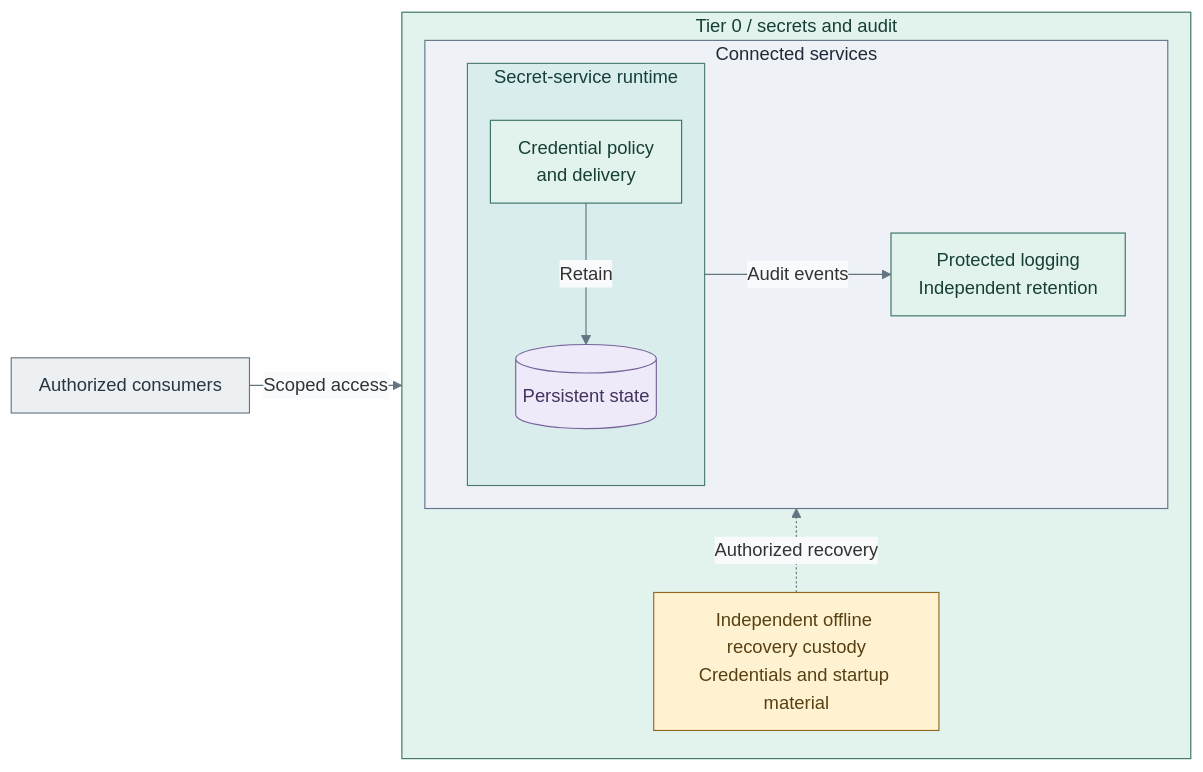
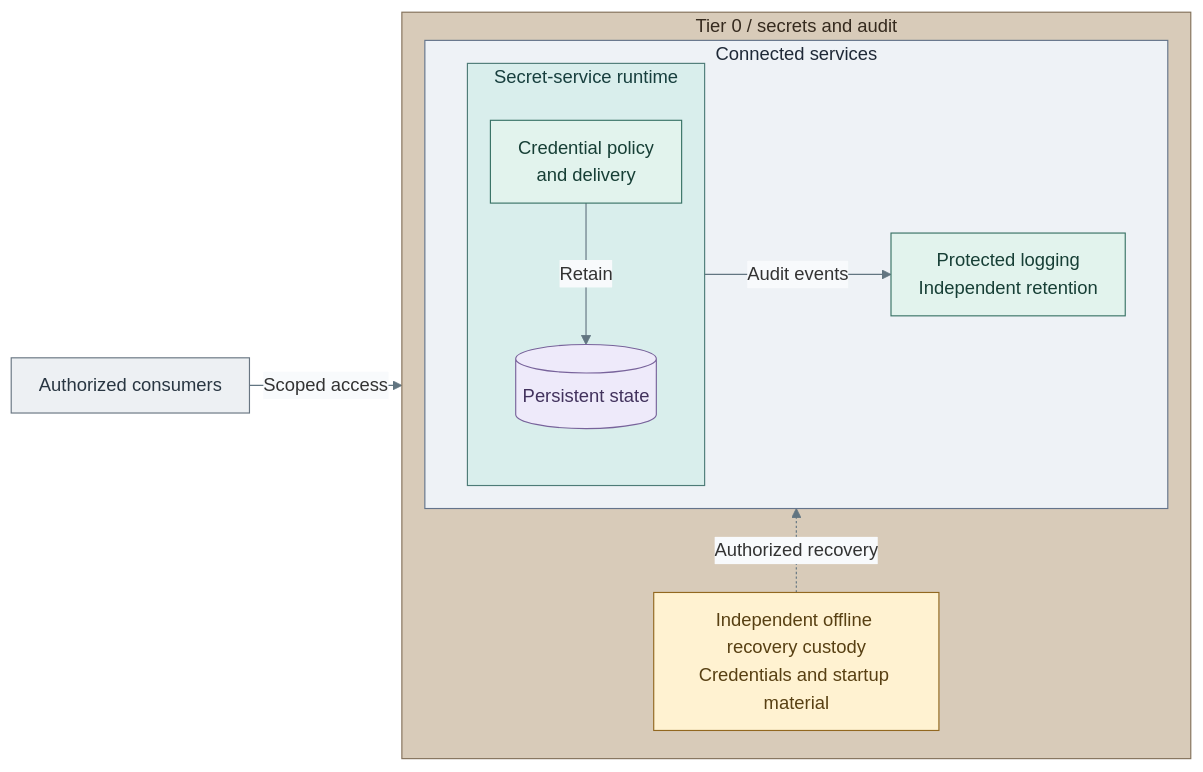
The diagram in docs/01-architecture/08-cryptography/08-secrets.md (Rexus/homelab), drawn with Mermaid before and after one commit. The commit also changed 108 other files, not shown here.

Commit message:
docs(diagrams): unify visual language and opening views

````diff
--- a/docs/01-architecture/08-cryptography/08-secrets.md
+++ b/docs/01-architecture/08-cryptography/08-secrets.md
@@ -8,34 +8,36 @@
 ```mermaid
 %%{init: {"theme":"base","flowchart":{"nodeSpacing":20,"rankSpacing":24,"padding":12},"themeVariables":{"lineColor":"#627581","edgeLabelBackground":"#f8fafc"}}}%%
 flowchart LR
   Consumers["Authorized consumers"] -->|"Scoped access"| Runtime
   subgraph T0["Tier 0 / secrets and audit"]
     direction BT
     Recovery["Independent offline recovery custody<br/>Credentials and startup material"]
     subgraph Connected["Connected services"]
       direction LR
       subgraph Runtime["Secret-service runtime"]
         direction TB
         Service["Credential policy<br/>and delivery"]
         State[("Persistent state")]
         Service -->|Retain| State
       end
       Logs["Protected logging<br/>Independent retention"]
       Runtime -->|Audit events| Logs
     end
     Recovery -. Authorized recovery .-> Runtime
   end
   classDef default fill:#f8fafc,stroke:#64748b,color:#1f2937
   classDef actor fill:#edf0f3,stroke:#697682,color:#293642
   classDef control fill:#e2f3ed,stroke:#397366,color:#173f36
   classDef data fill:#eeeafa,stroke:#78639b,color:#42325d
   classDef custody fill:#fff2d1,stroke:#926820,color:#584013
   classDef boundary fill:#eef2f6,stroke:#64748b,color:#1f2937
   classDef runtime fill:#d9eeec,stroke:#4d7b77,color:#173f3e
   class Consumers actor
-  class T0,Service,Logs control
+  class Service,Logs control
   class Connected boundary
   class Runtime runtime
   class State data
   class Recovery custody
+  classDef tier0 fill:#d8cbb9,stroke:#83715a,color:#352a1e
+  class T0 tier0
 ```
````
